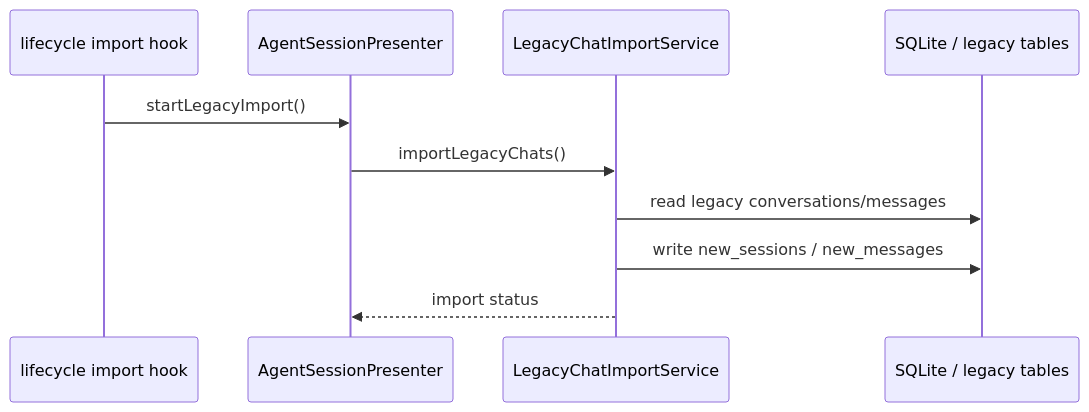
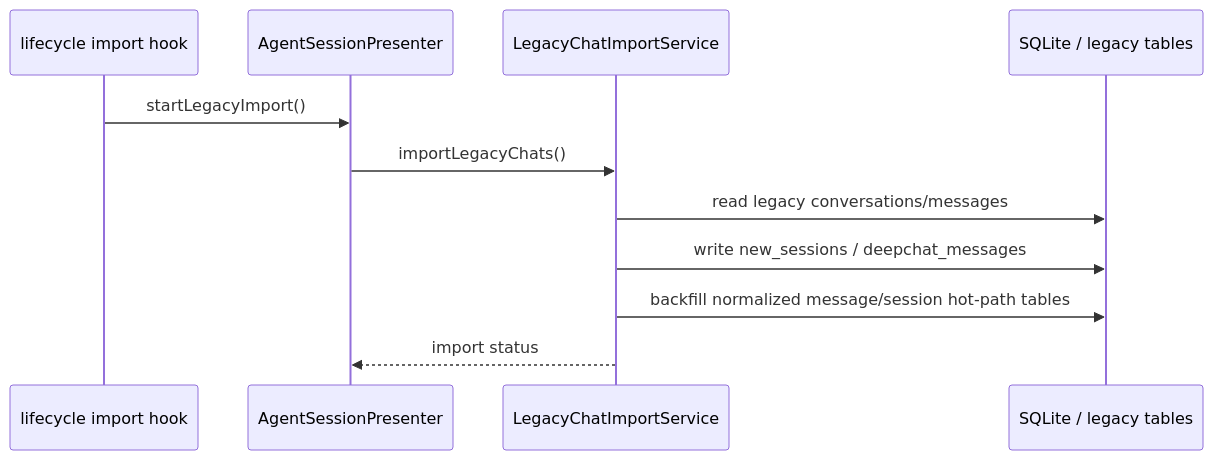
The fifth of 5 diagrams in docs/FLOWS.md (ThinkInAIXYZ/deepchat), drawn with Mermaid before and after one commit. The commit also changed 49 other files, not shown here.

First line of the commit message:
feat: add pagination for chat messages with new API routes and schemas

````diff
--- a/docs/FLOWS.md
+++ b/docs/FLOWS.md
@@ -118,13 +118,14 @@
 ```mermaid
 sequenceDiagram
     participant Hook as lifecycle import hook
     participant N as AgentSessionPresenter
     participant I as LegacyChatImportService
     participant DB as SQLite / legacy tables
 
     Hook->>N: startLegacyImport()
     N->>I: importLegacyChats()
     I->>DB: read legacy conversations/messages
-    I->>DB: write new_sessions / new_messages
+    I->>DB: write new_sessions / deepchat_messages
+    I->>DB: backfill normalized message/session hot-path tables
     I-->>N: import status
 ```
````
